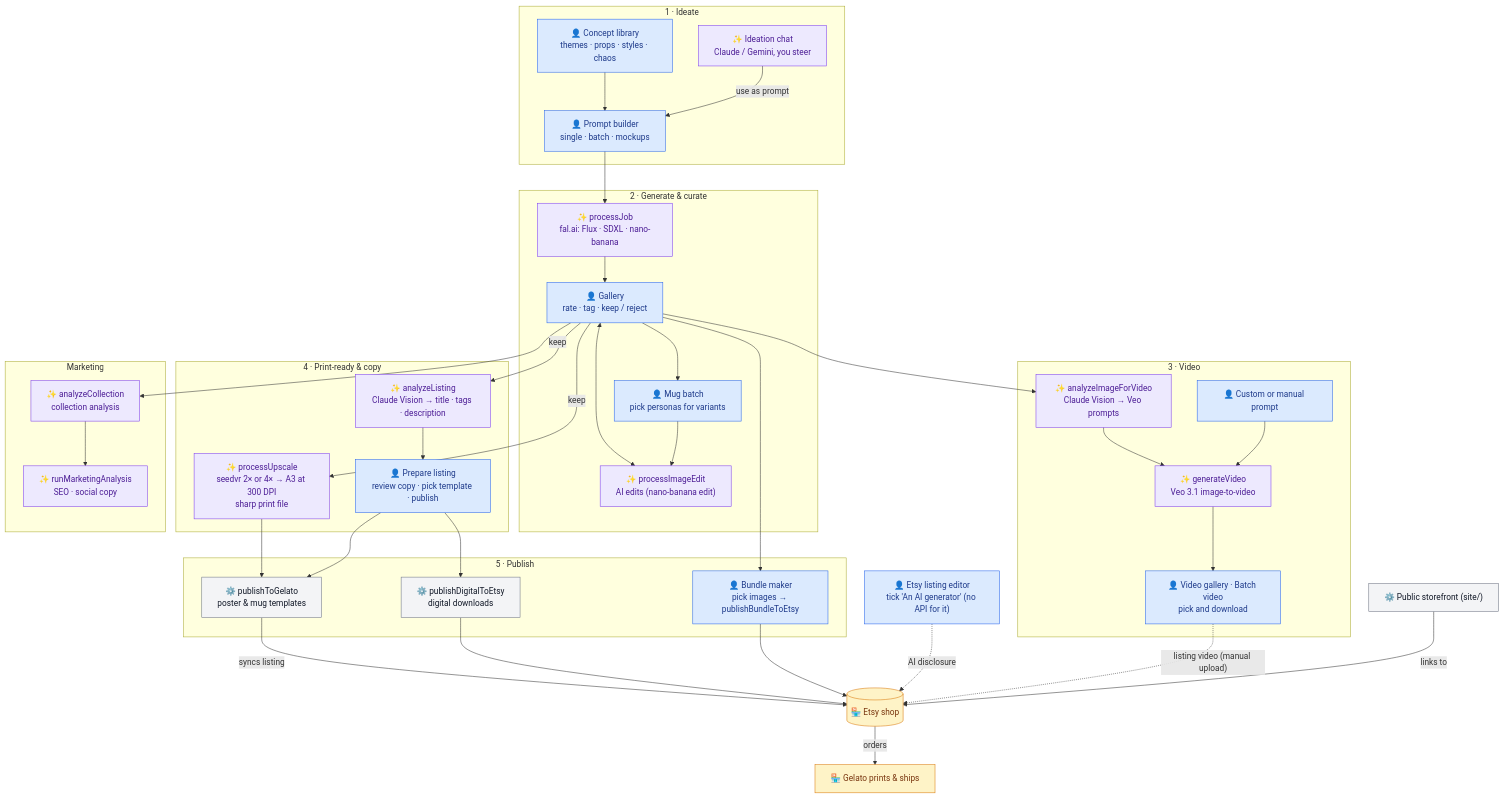
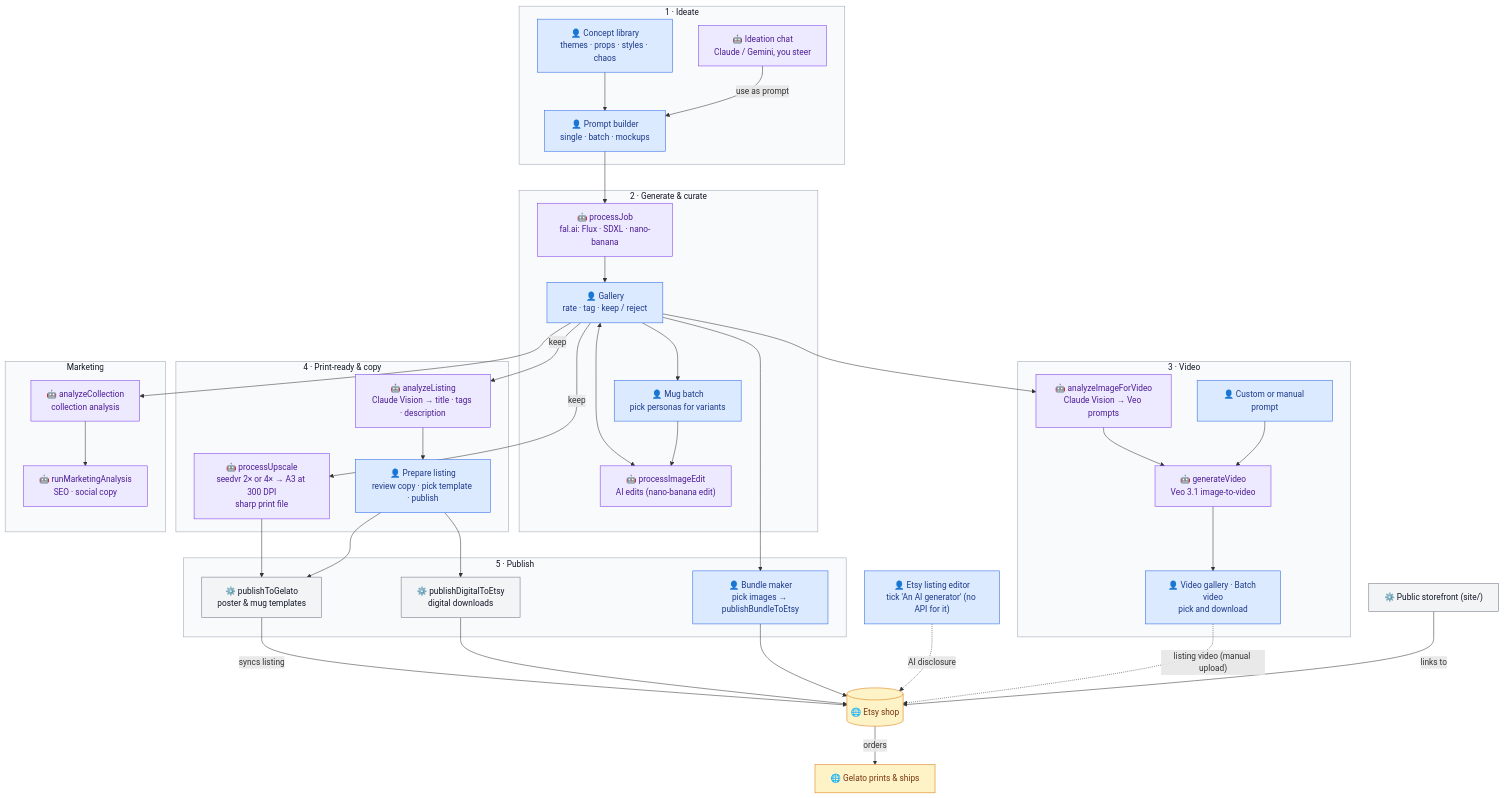
The diagram in README.md (booleandifference/art-factory), drawn with Mermaid before and after one commit. The commit also changed other lines of this file, not shown here.

Commit message:
Improve contrast of the README flow diagram
Swap the yellow ✨ and 🏪 icons, which were hard to read on the light
node fills, for 🤖 (AI) and 🌐 (external services), and give the
section boxes a neutral grey background instead of Mermaid's default
pale yellow.

````diff
--- a/README.md
+++ b/README.md
@@ -9,80 +9,82 @@
 ```mermaid
 flowchart TD
   subgraph IDEATE["1 · Ideate"]
     concepts["👤 Concept library<br/>themes · props · styles · chaos"]
-    chat["✨ Ideation chat<br/>Claude / Gemini, you steer"]
+    chat["🤖 Ideation chat<br/>Claude / Gemini, you steer"]
     builder["👤 Prompt builder<br/>single · batch · mockups"]
     concepts --> builder
     chat -- "use as prompt" --> builder
   end
 
   subgraph CREATE["2 · Generate & curate"]
-    gen["✨ processJob<br/>fal.ai: Flux · SDXL · nano-banana"]
+    gen["🤖 processJob<br/>fal.ai: Flux · SDXL · nano-banana"]
     gallery["👤 Gallery<br/>rate · tag · keep / reject"]
-    edit["✨ processImageEdit<br/>AI edits (nano-banana edit)"]
+    edit["🤖 processImageEdit<br/>AI edits (nano-banana edit)"]
     mugs["👤 Mug batch<br/>pick personas for variants"]
     gen --> gallery
     gallery <--> edit
     gallery --> mugs --> edit
   end
 
   subgraph VIDEO["3 · Video"]
-    vprompt["✨ analyzeImageForVideo<br/>Claude Vision → Veo prompts"]
+    vprompt["🤖 analyzeImageForVideo<br/>Claude Vision → Veo prompts"]
     vcustom["👤 Custom or manual prompt"]
-    veo["✨ generateVideo<br/>Veo 3.1 image-to-video"]
+    veo["🤖 generateVideo<br/>Veo 3.1 image-to-video"]
     vgallery["👤 Video gallery · Batch video<br/>pick and download"]
     vprompt --> veo
     vcustom --> veo
     veo --> vgallery
   end
 
   subgraph READY["4 · Print-ready & copy"]
-    upscale["✨ processUpscale<br/>seedvr 2× or 4× → A3 at 300 DPI<br/>sharp print file"]
-    listing["✨ analyzeListing<br/>Claude Vision → title · tags · description"]
+    upscale["🤖 processUpscale<br/>seedvr 2× or 4× → A3 at 300 DPI<br/>sharp print file"]
+    listing["🤖 analyzeListing<br/>Claude Vision → title · tags · description"]
     review["👤 Prepare listing<br/>review copy · pick template · publish"]
     listing --> review
   end
 
   subgraph PUBLISH["5 · Publish"]
     gelato["⚙️ publishToGelato<br/>poster & mug templates"]
     digital["⚙️ publishDigitalToEtsy<br/>digital downloads"]
     bundle["👤 Bundle maker<br/>pick images → publishBundleToEtsy"]
   end
 
   subgraph MARKET["Marketing"]
-    analysis["✨ analyzeCollection<br/>collection analysis"]
-    marketing["✨ runMarketingAnalysis<br/>SEO · social copy"]
+    analysis["🤖 analyzeCollection<br/>collection analysis"]
+    marketing["🤖 runMarketingAnalysis<br/>SEO · social copy"]
     analysis --> marketing
   end
 
-  etsy[("🏪 Etsy shop")]
+  etsy[("🌐 Etsy shop")]
   aibox["👤 Etsy listing editor<br/>tick 'An AI generator' (no API for it)"]
-  printing["🏪 Gelato prints & ships"]
+  printing["🌐 Gelato prints & ships"]
   site["⚙️ Public storefront (site/)"]
 
   builder --> gen
   gallery -- "keep" --> upscale
   gallery -- "keep" --> listing
   gallery --> vprompt
   gallery --> analysis
   upscale --> gelato
   review --> gelato
   review --> digital
   gallery --> bundle
   gelato -- "syncs listing" --> etsy
   digital --> etsy
   bundle --> etsy
   aibox -. "AI disclosure" .-> etsy
   vgallery -. "listing video (manual upload)" .-> etsy
   etsy -- "orders" --> printing
   site -- "links to" --> etsy
 
   classDef you fill:#dbeafe,stroke:#2563eb,color:#1e3a8a
   classDef ai fill:#ede9fe,stroke:#7c3aed,color:#4c1d95
   classDef auto fill:#f3f4f6,stroke:#6b7280,color:#111827
   classDef ext fill:#fef3c7,stroke:#d97706,color:#78350f
   class concepts,builder,gallery,mugs,vcustom,vgallery,review,bundle,aibox you
   class chat,gen,edit,vprompt,veo,upscale,listing,analysis,marketing ai
   class gelato,digital,site auto
   class etsy,printing ext
+  classDef section fill:#f9fafb,stroke:#9ca3af,color:#111827
+  class IDEATE,CREATE,VIDEO,READY,PUBLISH,MARKET section
 ```
````
